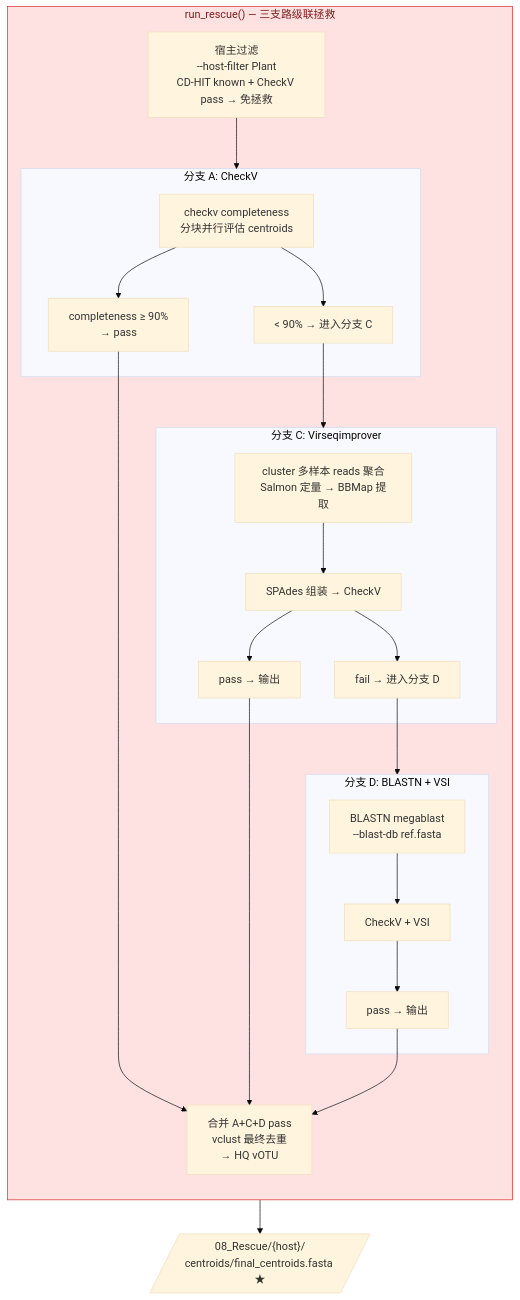
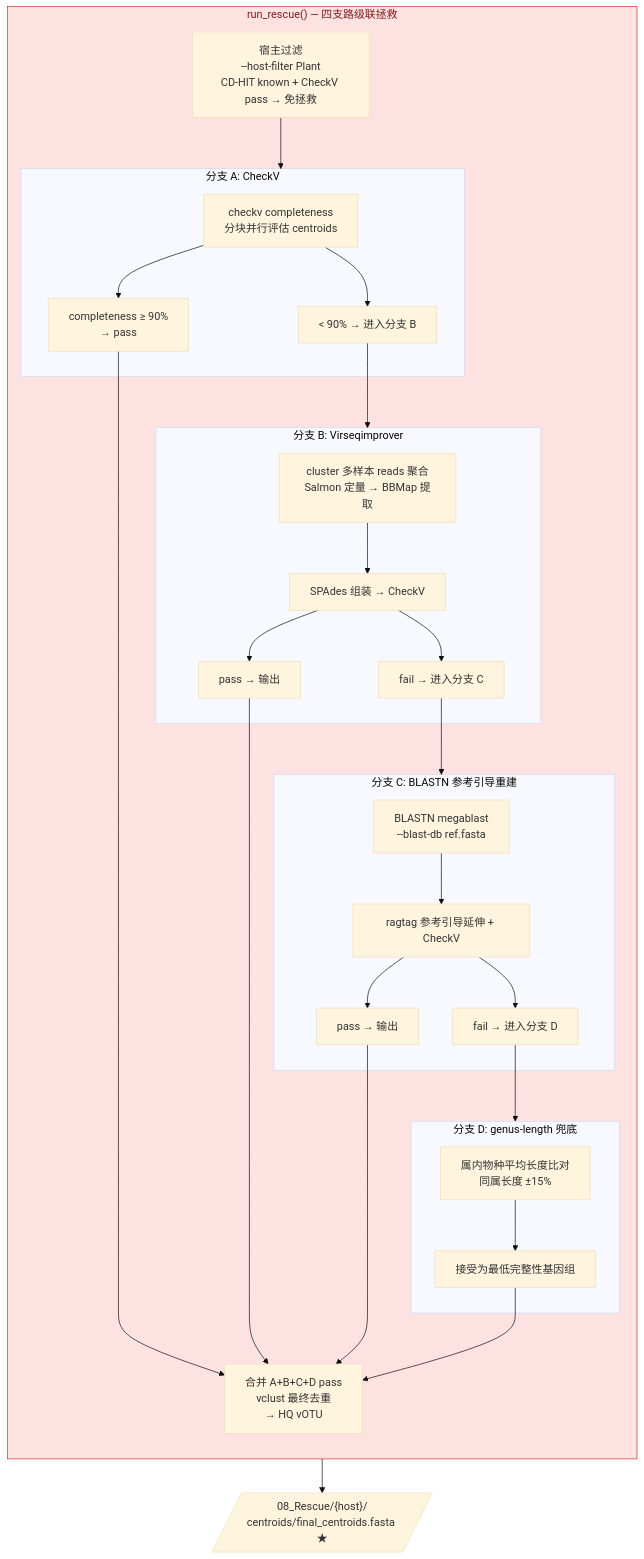
The tenth of 14 diagrams in doc/14-pipeline-diagrams.md (zhangwenda0518/MMPV-RNA), drawn with Mermaid (base theme) before and after one commit. The commit also changed other lines of this file and 1041 other files, not shown here.

````diff
--- a/doc/14-pipeline-diagrams.md
+++ b/doc/14-pipeline-diagrams.md
@@ -378,49 +378,59 @@
 ```mermaid
 flowchart TB
-    accTitle: Rescue 三支路级联拯救
-    accDescr: A路 CheckV评估 → C路 VSI延伸 → D路 BLASTN+VSI 三级联拯救
+    accTitle: Rescue 四支路级联拯救
+    accDescr: A路 CheckV评估 ≥90% 直通 → B路 VSI延伸 → C路 BLASTN参考引导重建 → D路 genus-length 兜底
 
-    subgraph Rescue["run_rescue() — 三支路级联拯救"]
+    subgraph Rescue["run_rescue() — 四支路级联拯救"]
         direction TB
         HOSTFILTER["宿主过滤<br/>--host-filter Plant<br/>CD-HIT known + CheckV pass → 免拯救"]
-        
+
         subgraph BranchA["分支 A: CheckV"]
             A1["checkv completeness<br/>分块并行评估 centroids"]
             A2["completeness ≥ 90%<br/>→ pass"]
-            A3["< 90% → 进入分支 C"]
+            A3["< 90% → 进入分支 B"]
             A1 --> A2
             A1 --> A3
         end
 
-        subgraph BranchC["分支 C: Virseqimprover"]
-            C1["cluster 多样本 reads 聚合<br/>Salmon 定量 → BBMap 提取"]
-            C2["SPAdes 组装 → CheckV"]
+        subgraph BranchB["分支 B: Virseqimprover"]
+            B1["cluster 多样本 reads 聚合<br/>Salmon 定量 → BBMap 提取"]
+            B2["SPAdes 组装 → CheckV"]
+            B3["pass → 输出"]
+            B4["fail → 进入分支 C"]
+            B1 --> B2 --> B3
+            B2 --> B4
+        end
+
+        subgraph BranchC["分支 C: BLASTN 参考引导重建"]
+            C1["BLASTN megablast<br/>--blast-db ref.fasta"]
+            C2["ragtag 参考引导延伸 + CheckV"]
             C3["pass → 输出"]
             C4["fail → 进入分支 D"]
             C1 --> C2 --> C3
             C2 --> C4
         end
 
-        subgraph BranchD["分支 D: BLASTN + VSI"]
-            D1["BLASTN megablast<br/>--blast-db ref.fasta"]
-            D2["CheckV + VSI"]
-            D3["pass → 输出"]
-            D1 --> D2 --> D3
+        subgraph BranchD["分支 D: genus-length 兜底"]
+            D1["属内物种平均长度比对<br/>同属长度 ±15%"]
+            D2["接受为最低完整性基因组"]
+            D1 --> D2
         end
 
-        MERGE["合并 A+C+D pass<br/>vclust 最终去重<br/>→ HQ vOTU"]
-        
+        MERGE["合并 A+B+C+D pass<br/>vclust 最终去重<br/>→ HQ vOTU"]
+
         HOSTFILTER --> BranchA
-        A3 --> BranchC
+        A3 --> BranchB
+        B4 --> BranchC
         C4 --> BranchD
         A2 --> MERGE
+        B3 --> MERGE
         C3 --> MERGE
-        D3 --> MERGE
+        D2 --> MERGE
     end
 
     OUT7[/"08_Rescue/{host}/<br/>centroids/final_centroids.fasta ★"/]
     Rescue --> OUT7
 
     classDef rescue fill:#fee2e2,stroke:#dc2626,color:#7f1d1d
     class Rescue rescue
 ```
````
